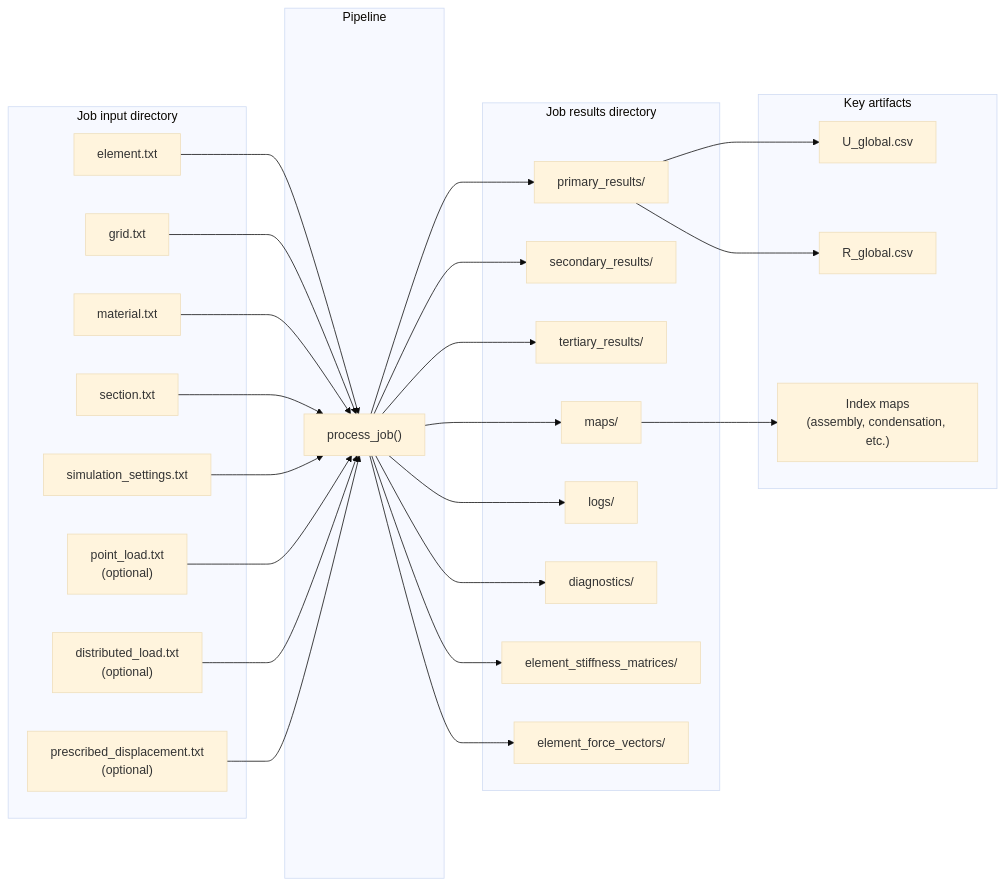
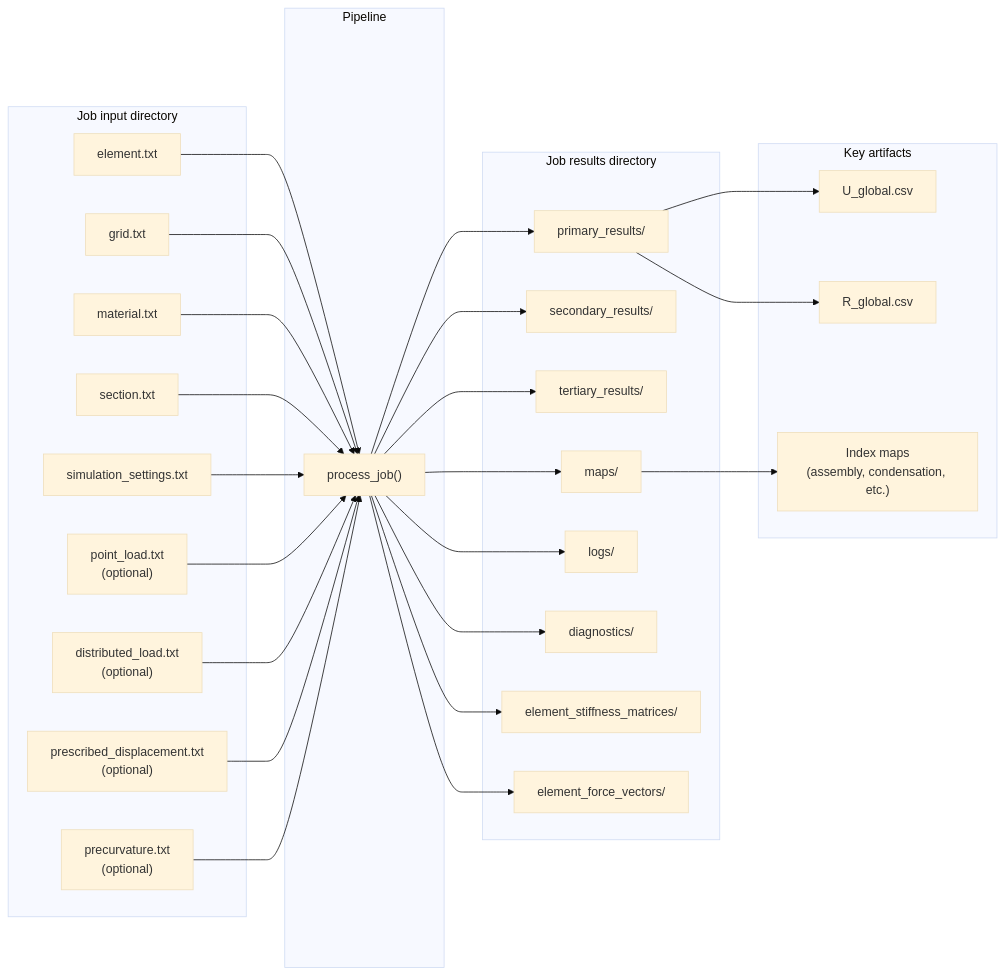
Before and after one commit to samhughes-fea/1d-fem: the diagram in docs/diagrams/data_flow.md, drawn with Mermaid (base theme). The commit also changed other lines of this file and 15 other files, not shown here.

First line of the commit message:
feat(beam): add precurvature.txt and deprecate curved EB/Timoshenko elements

````diff
--- a/docs/diagrams/data_flow.md
+++ b/docs/diagrams/data_flow.md
@@ -5,56 +5,58 @@
 ```mermaid
 flowchart LR
     subgraph inputs [Job input directory]
         ElementTxt["element.txt"]
         GridTxt["grid.txt"]
         MaterialTxt["material.txt"]
         SectionTxt["section.txt"]
         SettingsTxt["simulation_settings.txt"]
         PointLoad["point_load.txt\n(optional)"]
         DistLoad["distributed_load.txt\n(optional)"]
         PrescribedDisp["prescribed_displacement.txt\n(optional)"]
+        PrecurvatureTxt["precurvature.txt\n(optional)"]
     end
 
     subgraph pipeline [Pipeline]
         ProcessJob["process_job()"]
     end
 
     subgraph outputs [Job results directory]
         PrimaryDir["primary_results/"]
         SecondaryDir["secondary_results/"]
         TertiaryDir["tertiary_results/"]
         MapsDir["maps/"]
         LogsDir["logs/"]
         DiagDir["diagnostics/"]
         KeDir["element_stiffness_matrices/"]
         FeDir["element_force_vectors/"]
     end
 
     subgraph artifacts [Key artifacts]
         UGlobal["U_global.csv"]
         RGlobal["R_global.csv"]
         IndexMaps["Index maps\n(assembly, condensation, etc.)"]
     end
 
     ElementTxt --> ProcessJob
     GridTxt --> ProcessJob
     MaterialTxt --> ProcessJob
     SectionTxt --> ProcessJob
     SettingsTxt --> ProcessJob
     PointLoad --> ProcessJob
     DistLoad --> ProcessJob
     PrescribedDisp --> ProcessJob
+    PrecurvatureTxt --> ProcessJob
 
     ProcessJob --> PrimaryDir
     ProcessJob --> SecondaryDir
     ProcessJob --> TertiaryDir
     ProcessJob --> MapsDir
     ProcessJob --> LogsDir
     ProcessJob --> DiagDir
     ProcessJob --> KeDir
     ProcessJob --> FeDir
 
     PrimaryDir --> UGlobal
     PrimaryDir --> RGlobal
     MapsDir --> IndexMaps
 ```
````
